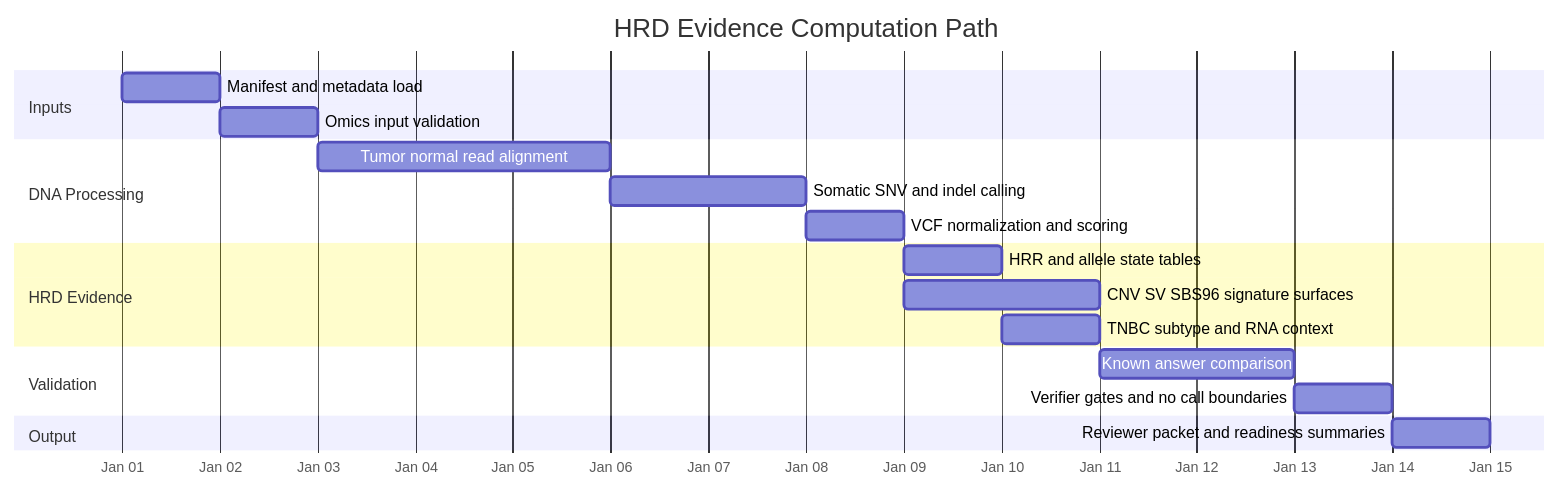
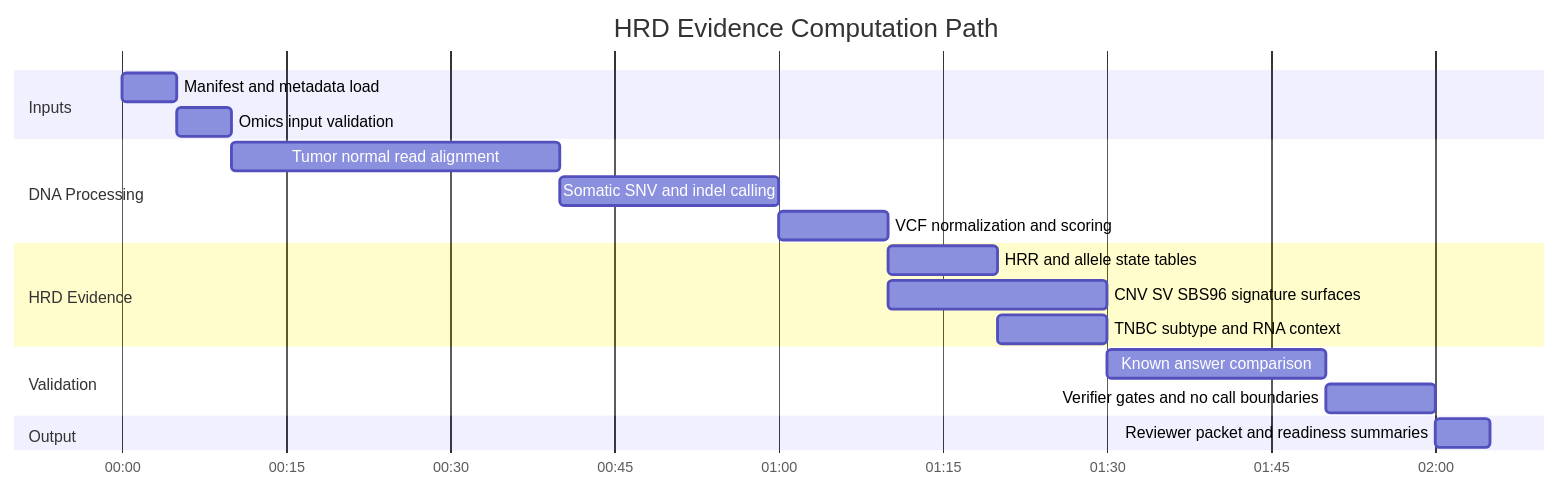
One commit to jasonLaster/oncoomics changed the diagram in README.md. Above: the diagram before and after it, drawn with Mermaid.

Commit message:
Use minutes for README HRD evidence chart

````diff
--- a/README.md
+++ b/README.md
@@ -46,27 +46,27 @@
 ```mermaid
 gantt
     title HRD Evidence Computation Path
-    dateFormat YYYY-MM-DD
-    axisFormat %b %d
+    dateFormat HH:mm
+    axisFormat %H:%M
 
     section Inputs
-    Manifest and metadata load               :inputs_meta, 2026-01-01, 1d
-    Omics input validation                   :inputs_validate, 2026-01-02, 1d
+    Manifest and metadata load               :inputs_meta, 00:00, 5m
+    Omics input validation                   :inputs_validate, 00:05, 5m
 
     section DNA Processing
-    Tumor normal read alignment              :dna_align, 2026-01-03, 3d
-    Somatic SNV and indel calling            :dna_call, 2026-01-06, 2d
-    VCF normalization and scoring            :dna_score, 2026-01-08, 1d
+    Tumor normal read alignment              :dna_align, 00:10, 30m
+    Somatic SNV and indel calling            :dna_call, 00:40, 20m
+    VCF normalization and scoring            :dna_score, 01:00, 10m
 
     section HRD Evidence
-    HRR and allele state tables              :hrd_events, 2026-01-09, 1d
-    CNV SV SBS96 signature surfaces          :hrd_surfaces, 2026-01-09, 2d
-    TNBC subtype and RNA context             :rna_context, 2026-01-10, 1d
+    HRR and allele state tables              :hrd_events, 01:10, 10m
+    CNV SV SBS96 signature surfaces          :hrd_surfaces, 01:10, 20m
+    TNBC subtype and RNA context             :rna_context, 01:20, 10m
 
     section Validation
-    Known answer comparison                  :known_answers, 2026-01-11, 2d
-    Verifier gates and no call boundaries    :verify, 2026-01-13, 1d
+    Known answer comparison                  :known_answers, 01:30, 20m
+    Verifier gates and no call boundaries    :verify, 01:50, 10m
 
     section Output
-    Reviewer packet and readiness summaries  :outputs, 2026-01-14, 1d
+    Reviewer packet and readiness summaries  :outputs, 02:00, 5m
 ```
````
